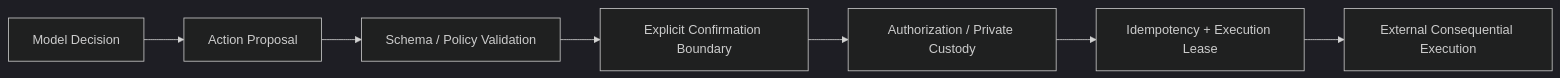
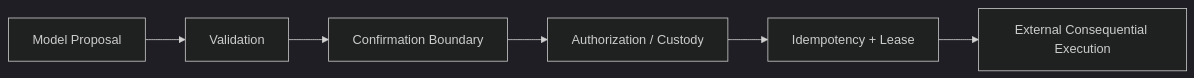
One commit to pablo-marchina/academy-tractian changed the ninth of 12 diagrams in docs/presentation/ARCHITECTURE-OVERLAYS.md. Above: the diagram before and after it, drawn with Mermaid (dark theme). The commit also changed other lines of this file and 5 other files, not shown here.

````diff
--- a/docs/presentation/ARCHITECTURE-OVERLAYS.md
+++ b/docs/presentation/ARCHITECTURE-OVERLAYS.md
@@ -225,12 +176,11 @@
 ```mermaid
 flowchart LR
-    M[Model Decision]
-    P[Action Proposal]
-    V[Schema / Policy Validation]
-    C[Explicit Confirmation Boundary]
-    A[Authorization / Private Custody]
-    I[Idempotency + Execution Lease]
+    M[Model Proposal]
+    V[Validation]
+    C[Confirmation Boundary]
+    A[Authorization / Custody]
+    I[Idempotency + Lease]
     X[External Consequential Execution]
 
-    M --> P --> V --> C --> A --> I --> X
+    M --> V --> C --> A --> I --> X
 ```
````
